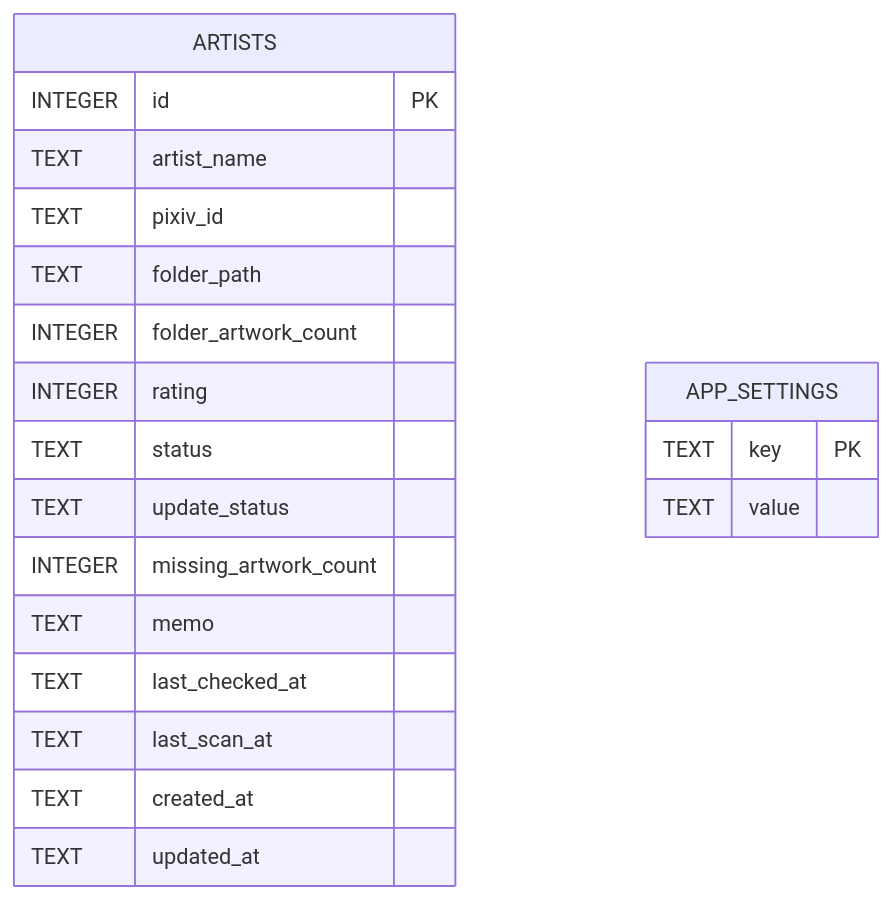
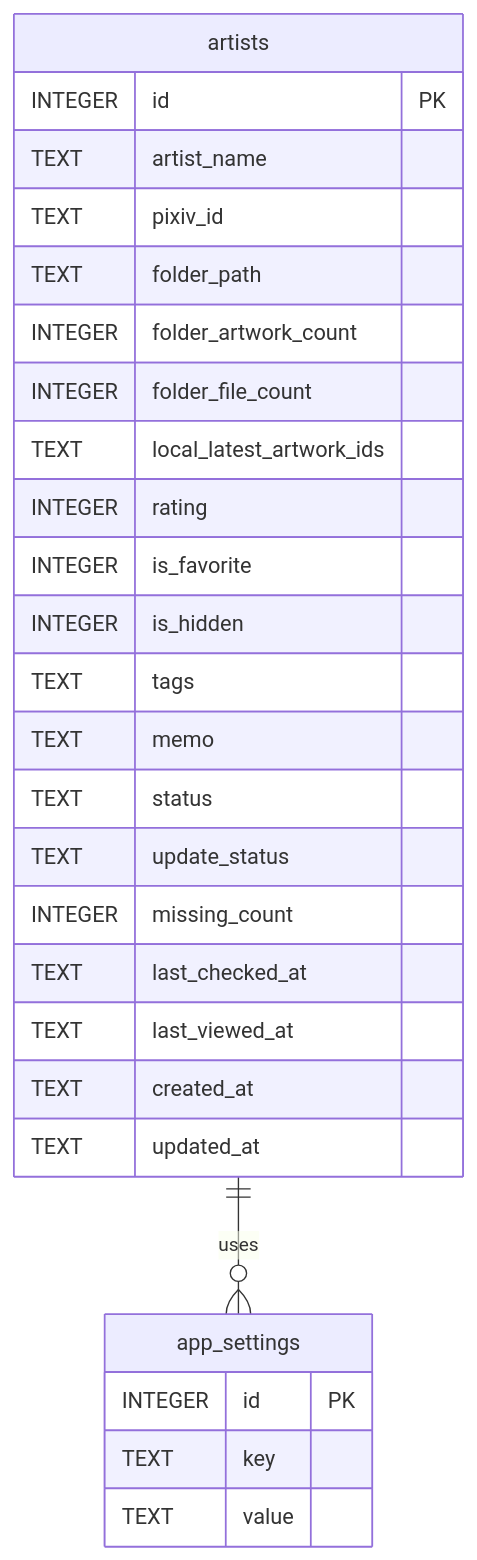
Before and after one commit to PKT0623/PixivLocalManager: the diagram in docs/04_DATABASE.md, drawn with Mermaid. The commit also changed other lines of this file and 10 other files, not shown here.

````diff
--- a/docs/04_DATABASE.md
+++ b/docs/04_DATABASE.md
@@ -42,34 +31,33 @@
 ```mermaid
 erDiagram
 
-ARTISTS {
+artists ||--o{ app_settings : uses
+
+artists {
     INTEGER id PK
-
     TEXT artist_name
     TEXT pixiv_id
-
     TEXT folder_path
-
     INTEGER folder_artwork_count
-
+    INTEGER folder_file_count
+    TEXT local_latest_artwork_ids
     INTEGER rating
-
+    INTEGER is_favorite
+    INTEGER is_hidden
+    TEXT tags
+    TEXT memo
     TEXT status
     TEXT update_status
-
-    INTEGER missing_artwork_count
-
-    TEXT memo
-
+    INTEGER missing_count
     TEXT last_checked_at
-    TEXT last_scan_at
-
+    TEXT last_viewed_at
     TEXT created_at
     TEXT updated_at
 }
 
-APP_SETTINGS {
-    TEXT key PK
+app_settings {
+    INTEGER id PK
+    TEXT key
     TEXT value
 }
 ```
````
